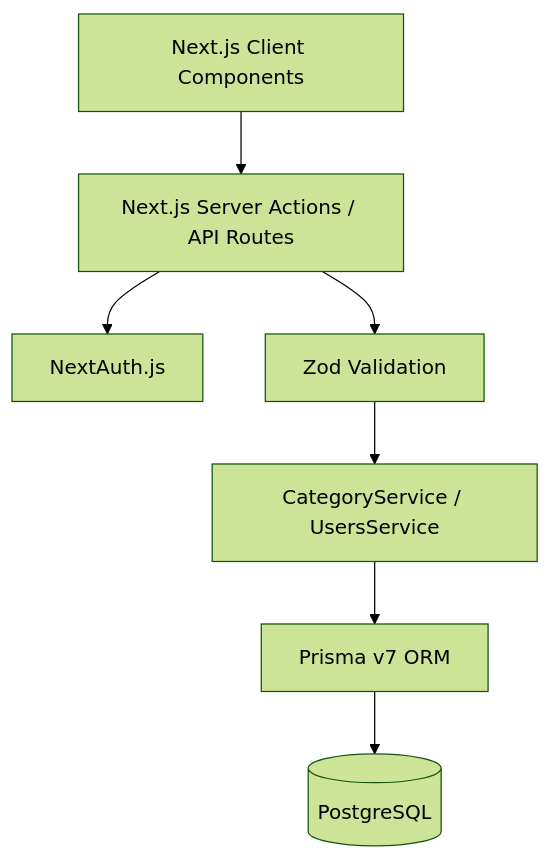
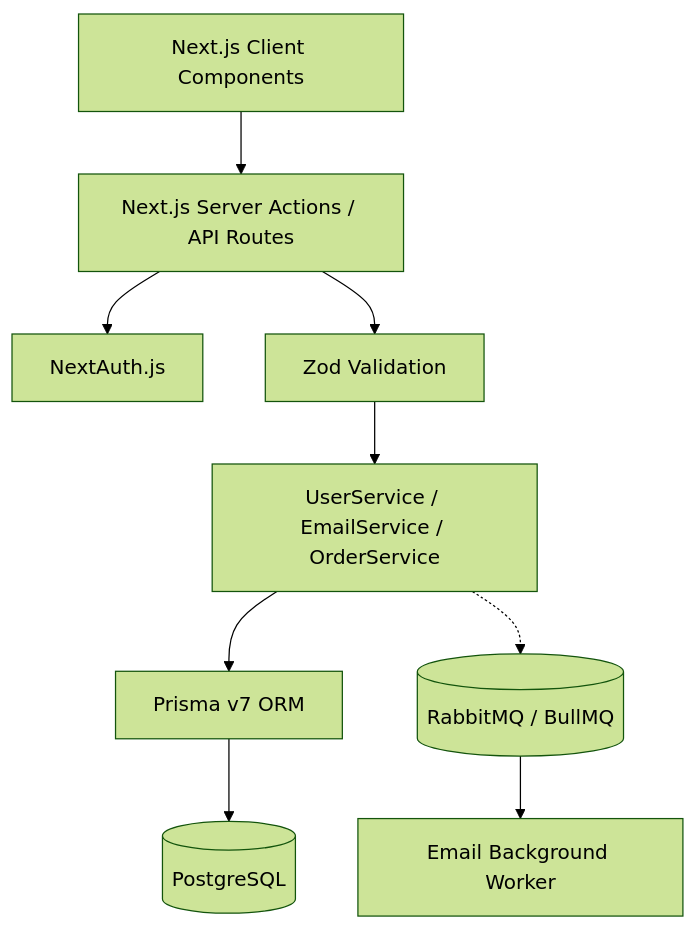
Before and after one commit to AlexKrivokorytov/next-pizza: the diagram in README.md, drawn with Mermaid (forest theme). The commit also changed other lines of this file and 53 other files, not shown here.

````diff
--- a/README.md
+++ b/README.md
@@ -31,9 +33,11 @@
 ```mermaid
 graph TD;
     Client[Next.js Client Components] --> Server[Next.js Server Actions / API Routes]
     Server --> Auth[NextAuth.js]
     Server --> Validation[Zod Validation]
-    Validation --> DB_Layer[CategoryService / UsersService]
-    DB_Layer --> Prisma[Prisma v7 ORM]
+    Validation --> Service_Layer[UserService / EmailService / OrderService]
+    Service_Layer --> Prisma[Prisma v7 ORM]
+    Service_Layer -.-> Queue[(RabbitMQ / BullMQ)]
+    Queue --> Worker[Email Background Worker]
     Prisma --> PG[(PostgreSQL)]
 ```
````
